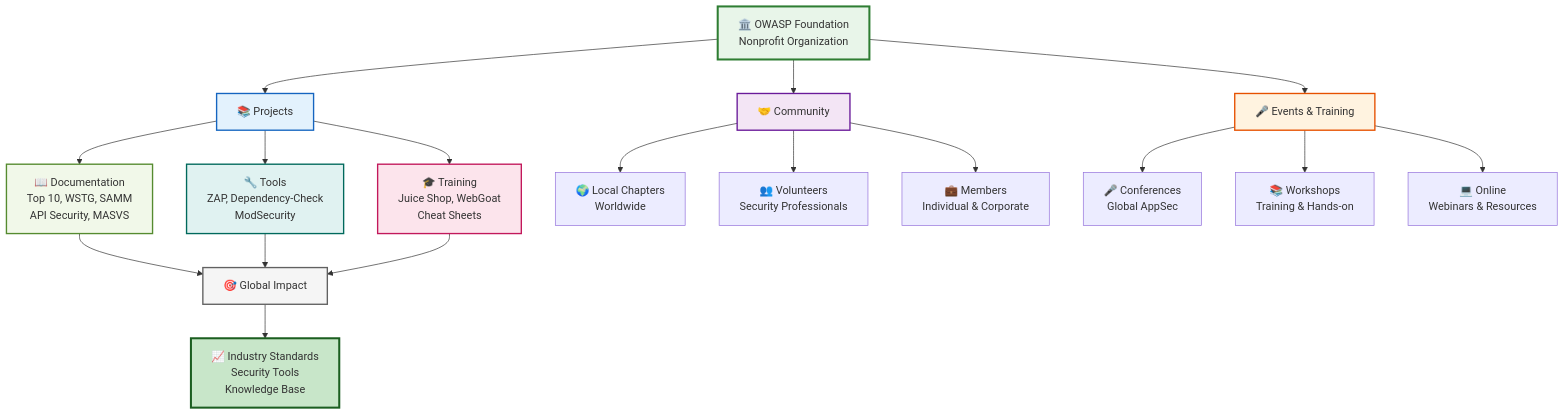
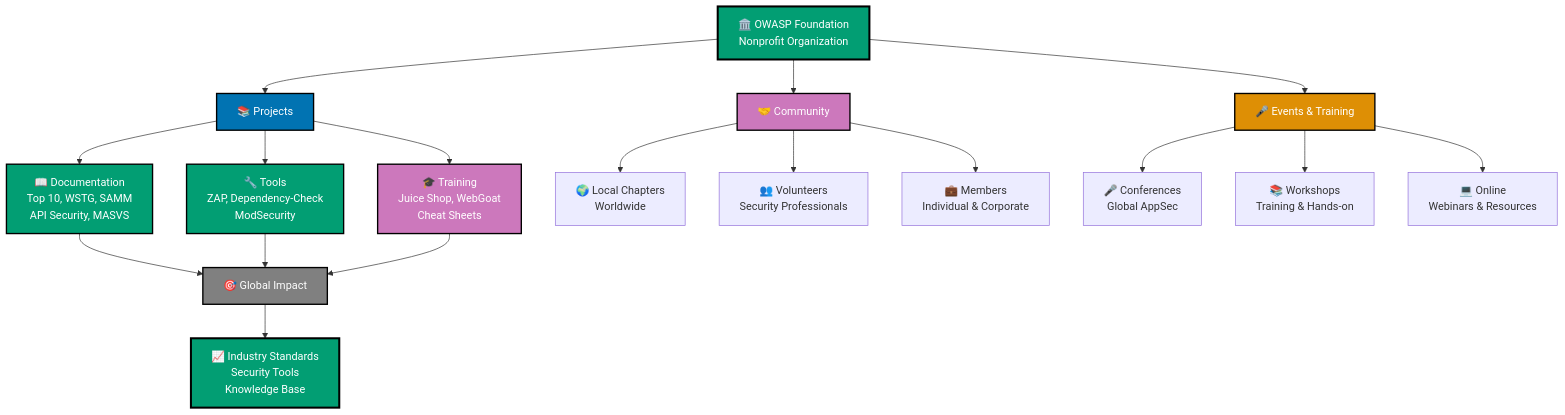
The first of 2 diagrams in docs/explanation/information-security/ex-inse__owasp.md (wahidyankf/open-sharia-enterprise), drawn with Mermaid before and after one commit. The commit also changed other lines of this file and 22 other files, not shown here.

First line of the commit message:
docs(diagrams): ensure all mermaid diagrams use color-blind friendly palette

````diff
--- a/docs/explanation/information-security/ex-inse__owasp.md
+++ b/docs/explanation/information-security/ex-inse__owasp.md
@@ -179,42 +182,42 @@
 ```mermaid
 graph TD
     OWASP["🏛️ OWASP Foundation<br/>Nonprofit Organization"]
 
     Projects["📚 Projects"]
     Community["🤝 Community"]
     Events["🎤 Events & Training"]
 
     OWASP --> Projects
     OWASP --> Community
     OWASP --> Events
 
     Projects --> Documentation["📖 Documentation<br/>Top 10, WSTG, SAMM<br/>API Security, MASVS"]
     Projects --> Tools["🔧 Tools<br/>ZAP, Dependency-Check<br/>ModSecurity"]
     Projects --> Training["🎓 Training<br/>Juice Shop, WebGoat<br/>Cheat Sheets"]
 
     Community --> Chapters["🌍 Local Chapters<br/>Worldwide"]
     Community --> Contributors["👥 Volunteers<br/>Security Professionals"]
     Community --> Members["💼 Members<br/>Individual & Corporate"]
 
     Events --> Conferences["🎤 Conferences<br/>Global AppSec"]
     Events --> Workshops["📚 Workshops<br/>Training & Hands-on"]
     Events --> Online["💻 Online<br/>Webinars & Resources"]
 
     Impact["🎯 Global Impact"]
     Documentation --> Impact
     Tools --> Impact
     Training --> Impact
 
     Output["📈 Industry Standards<br/>Security Tools<br/>Knowledge Base"]
     Impact --> Output
 
-    style OWASP fill:#e8f5e9,stroke:#2e7d32,stroke-width:3px
-    style Projects fill:#e3f2fd,stroke:#1565c0,stroke-width:2px
-    style Community fill:#f3e5f5,stroke:#6a1b9a,stroke-width:2px
-    style Events fill:#fff3e0,stroke:#e65100,stroke-width:2px
-    style Documentation fill:#f1f8e9,stroke:#558b2f,stroke-width:2px
-    style Tools fill:#e0f2f1,stroke:#00695c,stroke-width:2px
-    style Training fill:#fce4ec,stroke:#c2185b,stroke-width:2px
-    style Impact fill:#f5f5f5,stroke:#616161,stroke-width:2px
-    style Output fill:#c8e6c9,stroke:#1b5e20,stroke-width:3px
+    style OWASP fill:#029E73,stroke:#000000,color:#FFFFFF,stroke-width:3px
+    style Projects fill:#0173B2,stroke:#000000,color:#FFFFFF,stroke-width:2px
+    style Community fill:#CC78BC,stroke:#000000,color:#FFFFFF,stroke-width:2px
+    style Events fill:#DE8F05,stroke:#000000,color:#FFFFFF,stroke-width:2px
+    style Documentation fill:#029E73,stroke:#000000,color:#FFFFFF,stroke-width:2px
+    style Tools fill:#029E73,stroke:#000000,color:#FFFFFF,stroke-width:2px
+    style Training fill:#CC78BC,stroke:#000000,color:#FFFFFF,stroke-width:2px
+    style Impact fill:#808080,stroke:#000000,color:#FFFFFF,stroke-width:2px
+    style Output fill:#029E73,stroke:#000000,color:#FFFFFF,stroke-width:3px
 ```
````
